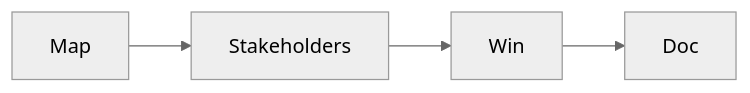
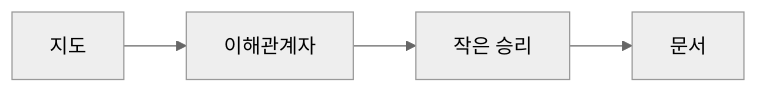
One commit to yeongseon-books/book-content changed the diagram in content/data-science-career-101/ko/08-first-job.md. Above: the diagram before and after it, drawn with Mermaid (neutral theme). The commit also changed other lines of this file and 9 other files, not shown here.

````diff
--- a/content/data-science-career-101/ko/08-first-job.md
+++ b/content/data-science-career-101/ko/08-first-job.md
@@ -33,6 +41,6 @@
 ```mermaid
 flowchart LR
-    M[Map] --> S[Stakeholders]
-    S --> W[Win]
-    W --> D[Doc]
+    M[지도] --> S[이해관계자]
+    S --> W[작은 승리]
+    W --> D[문서]
 ```
````
